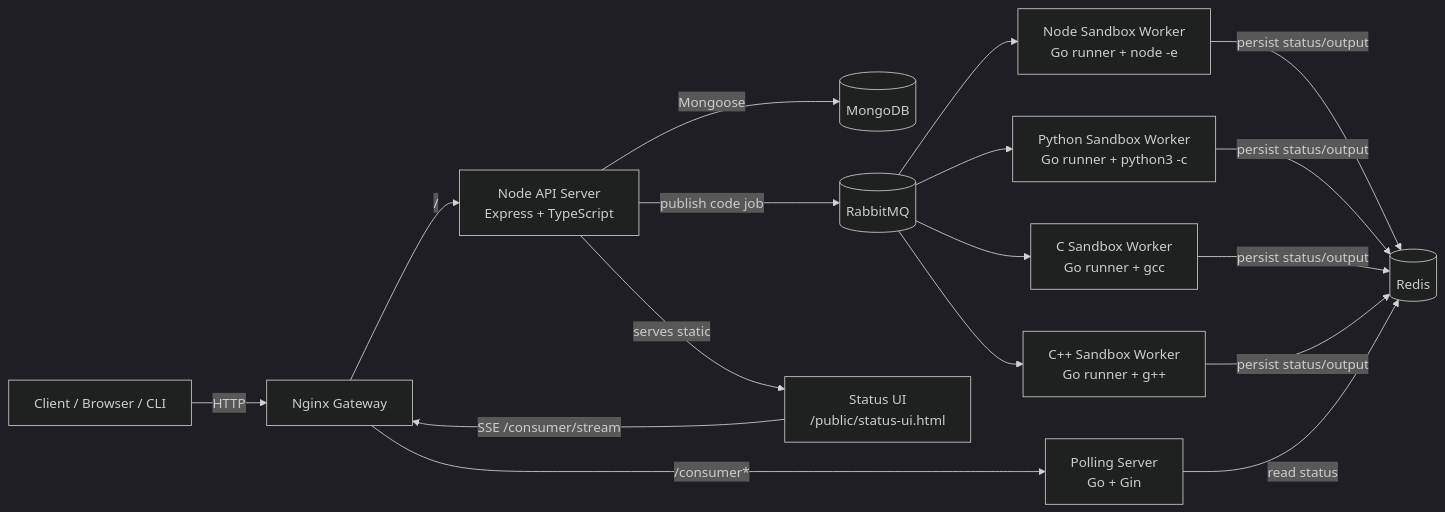
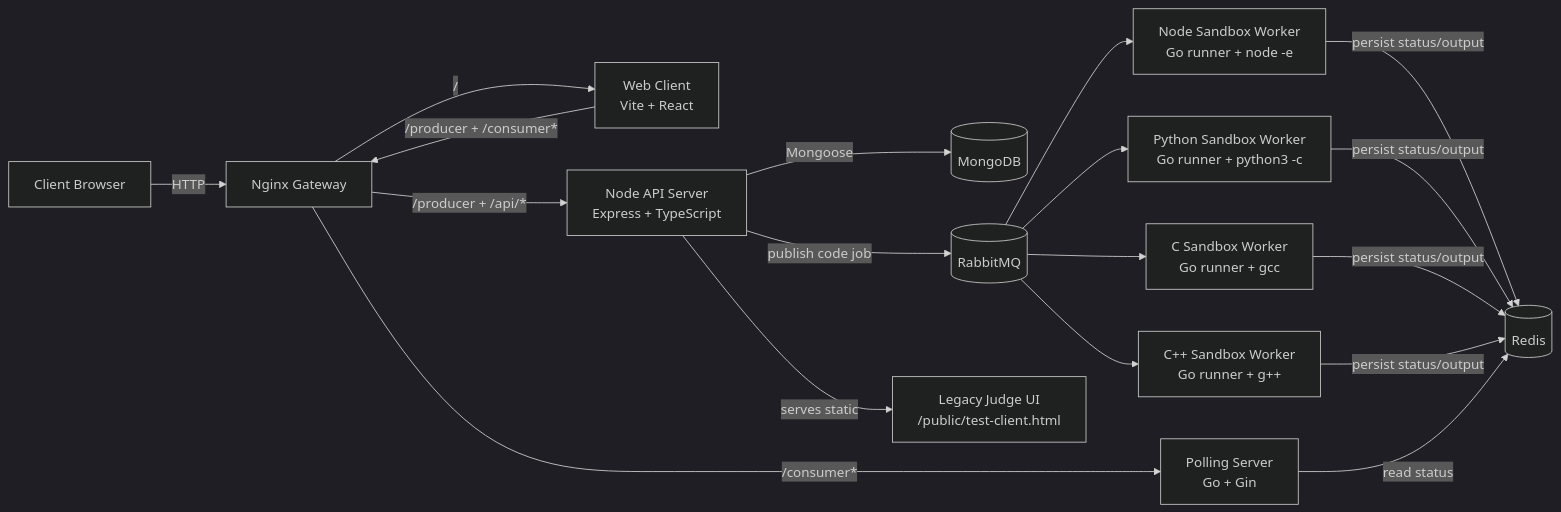
The first of 2 diagrams in README.md (priyansh32/opencodelab), drawn with Mermaid (dark theme) before and after one commit. The commit also changed other lines of this file and 41 other files, not shown here.

First line of the commit message:
feat: add production web client with Docker frontend integration (#30)

````diff
--- a/README.md
+++ b/README.md
@@ -51,32 +52,34 @@
 ```mermaid
 flowchart LR
-    Client[Client / Browser / CLI]
+    Browser[Client Browser]
     Nginx[Nginx Gateway]
+    WebApp[Web Client\nVite + React]
     API[Node API Server\nExpress + TypeScript]
     Mongo[(MongoDB)]
     MQ[(RabbitMQ)]
     NodeWorker[Node Sandbox Worker\nGo runner + node -e]
     PyWorker[Python Sandbox Worker\nGo runner + python3 -c]
     CWorker[C Sandbox Worker\nGo runner + gcc]
     CppWorker[C++ Sandbox Worker\nGo runner + g++]
     Redis[(Redis)]
     Polling[Polling Server\nGo + Gin]
-    UI[Status UI\n/public/status-ui.html]
+    LegacyUI[Legacy Judge UI\n/public/test-client.html]
 
-    Client -->|HTTP| Nginx
-    Nginx -->|/| API
+    Browser -->|HTTP| Nginx
+    Nginx -->|/| WebApp
+    Nginx -->|/producer + /api/*| API
     Nginx -->|/consumer*| Polling
     API -->|Mongoose| Mongo
     API -->|publish code job| MQ
     MQ --> NodeWorker
     MQ --> PyWorker
     MQ --> CWorker
     MQ --> CppWorker
     NodeWorker -->|persist status/output| Redis
     PyWorker -->|persist status/output| Redis
     CWorker -->|persist status/output| Redis
     CppWorker -->|persist status/output| Redis
     Polling -->|read status| Redis
-    API -->|serves static| UI
-    UI -->|SSE /consumer/stream| Nginx
+    API -->|serves static| LegacyUI
+    WebApp -->|/producer + /consumer*| Nginx
 ```
````
